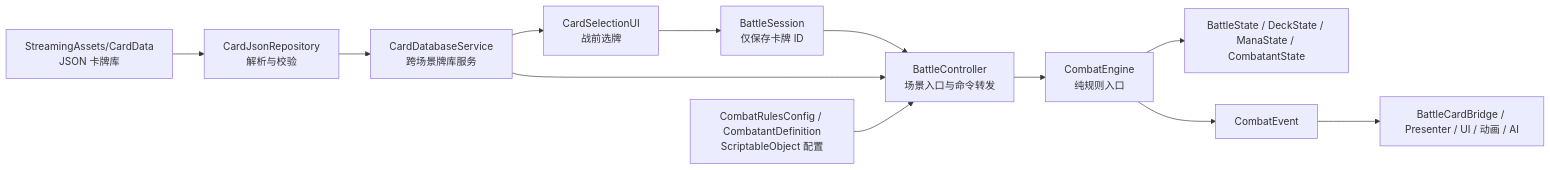
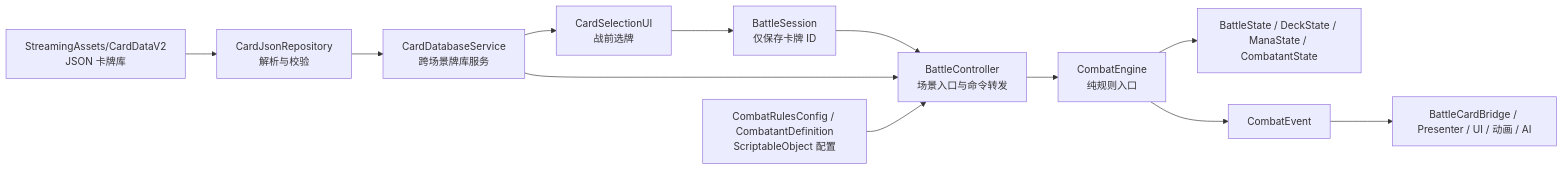
One commit to kcygfb/E1 changed the diagram in 项目代码结构说明.md. Above: the diagram before and after it, drawn with Mermaid. The commit also changed other lines of this file and 47 other files, not shown here.

````diff
--- a/项目代码结构说明.md
+++ b/项目代码结构说明.md
@@ -53,14 +53,14 @@
 ```mermaid
 flowchart LR
-    JSON["StreamingAssets/CardData\nJSON 卡牌库"] --> Repo["CardJsonRepository\n解析与校验"]
+    JSON["StreamingAssets/CardDataV2\nJSON 卡牌库"] --> Repo["CardJsonRepository\n解析与校验"]
     Repo --> DB["CardDatabaseService\n跨场景牌库服务"]
     DB --> Select["CardSelectionUI\n战前选牌"]
     Select --> Session["BattleSession\n仅保存卡牌 ID"]
     Session --> Controller["BattleController\n场景入口与命令转发"]
     DB --> Controller
     Config["CombatRulesConfig / CombatantDefinition\nScriptableObject 配置"] --> Controller
     Controller --> Engine["CombatEngine\n纯规则入口"]
     Engine --> State["BattleState / DeckState / ManaState / CombatantState"]
     Engine --> Events["CombatEvent"]
     Events --> View["BattleCardBridge / Presenter / UI / 动画 / AI"]
 ```
````
